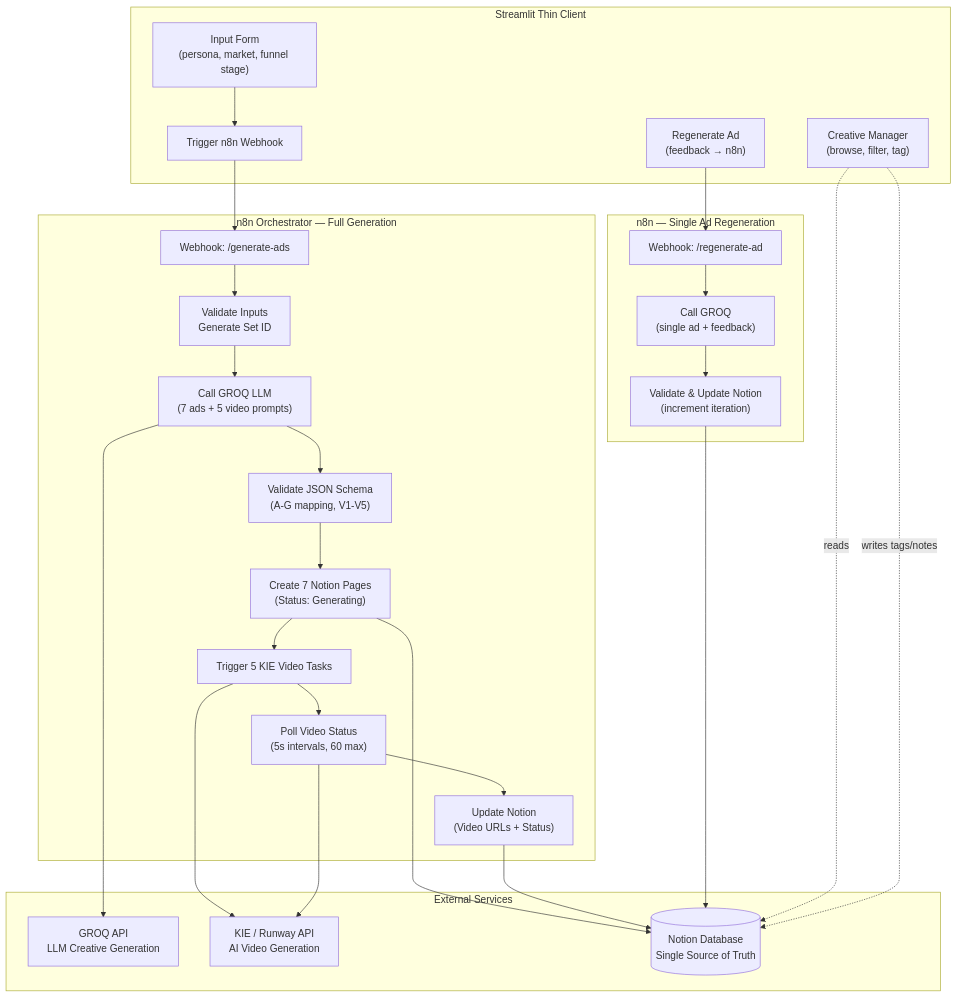
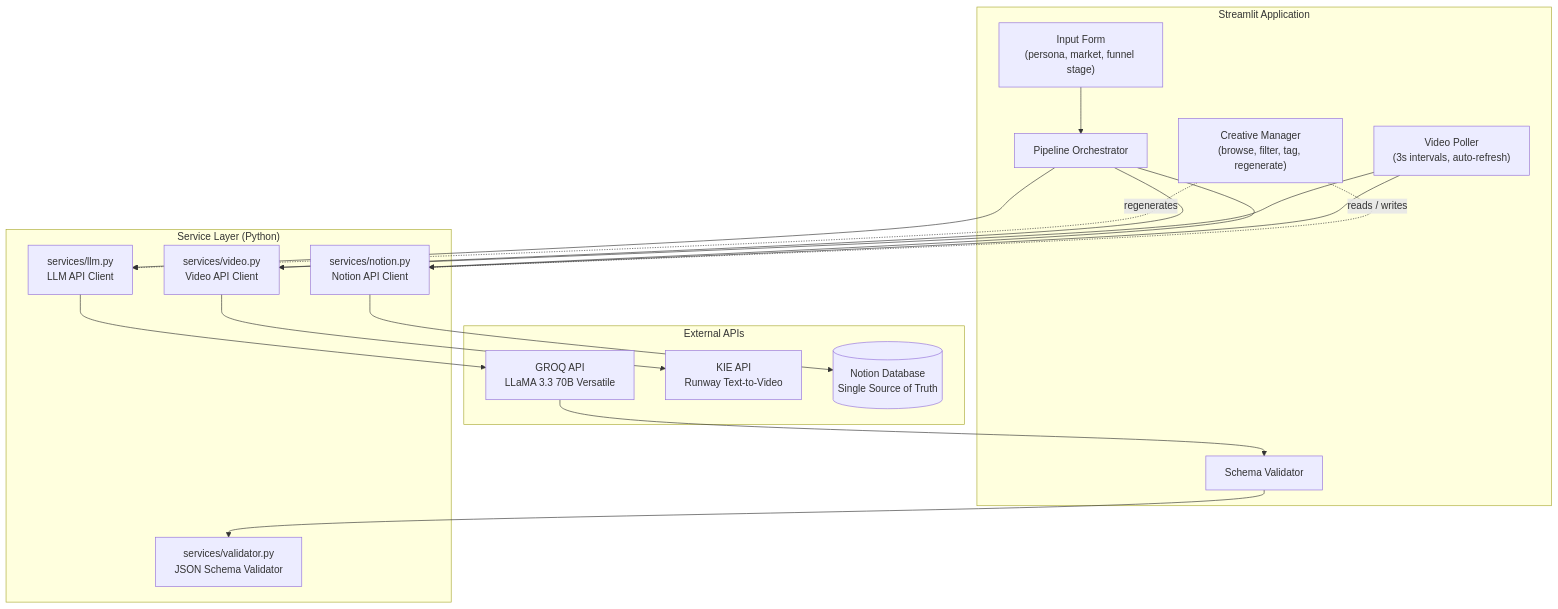
Before and after one commit to KarthikRamesh9149/AI-Powered-Creative-Ads-System: the diagram in docs/architecture.md, drawn with Mermaid. The commit also changed other lines of this file, not shown here.

Commit message:
Update architecture docs and README for production release

````diff
--- a/docs/architecture.md
+++ b/docs/architecture.md
@@ -11,45 +13,33 @@
 ```mermaid
 flowchart TB
-    subgraph UI["Streamlit Thin Client"]
+    subgraph APP["Streamlit Application"]
         A["Input Form<br/>(persona, market, funnel stage)"]
-        B["Trigger n8n Webhook"]
-        C["Creative Manager<br/>(browse, filter, tag)"]
-        D["Regenerate Ad<br/>(feedback → n8n)"]
+        B["Pipeline Orchestrator"]
+        C["Schema Validator"]
+        D["Video Poller<br/>(3s intervals, auto-refresh)"]
+        E["Creative Manager<br/>(browse, filter, tag, regenerate)"]
     end
 
-    subgraph N8N["n8n Orchestrator — Full Generation"]
-        E["Webhook: /generate-ads"]
-        F["Validate Inputs<br/>Generate Set ID"]
-        G["Call GROQ LLM<br/>(7 ads + 5 video prompts)"]
-        H["Validate JSON Schema<br/>(A-G mapping, V1-V5)"]
-        I["Create 7 Notion Pages<br/>(Status: Generating)"]
-        J["Trigger 5 KIE Video Tasks"]
-        K["Poll Video Status<br/>(5s intervals, 60 max)"]
-        L["Update Notion<br/>(Video URLs + Status)"]
-        E --> F --> G --> H --> I --> J --> K --> L
+    subgraph SERVICES["Service Layer (Python)"]
+        F["services/llm.py<br/>LLM API Client"]
+        G["services/video.py<br/>Video API Client"]
+        H["services/notion.py<br/>Notion API Client"]
+        I["services/validator.py<br/>JSON Schema Validator"]
     end
 
-    subgraph REGEN["n8n — Single Ad Regeneration"]
-        M["Webhook: /regenerate-ad"]
-        N["Call GROQ<br/>(single ad + feedback)"]
-        O["Validate & Update Notion<br/>(increment iteration)"]
-        M --> N --> O
+    subgraph EXT["External APIs"]
+        J["GROQ API<br/>LLaMA 3.3 70B Versatile"]
+        K["KIE API<br/>Runway Text-to-Video"]
+        L[("Notion Database<br/>Single Source of Truth")]
     end
 
-    subgraph EXT["External Services"]
-        P["GROQ API<br/>LLM Creative Generation"]
-        Q["KIE / Runway API<br/>AI Video Generation"]
-        R[("Notion Database<br/>Single Source of Truth")]
-    end
-
-    A --> B --> E
-    G --> P
-    J --> Q
-    K --> Q
-    I --> R
-    L --> R
-    O --> R
-    C -. "reads" .-> R
-    D --> M
-    C -. "writes tags/notes" .-> R
+    A --> B
+    B --> F --> J
+    J --> C --> I
+    B --> H --> L
+    B --> G --> K
+    D --> G
+    D --> H
+    E -. "reads / writes" .-> H
+    E -. "regenerates" .-> F
 ```
````
